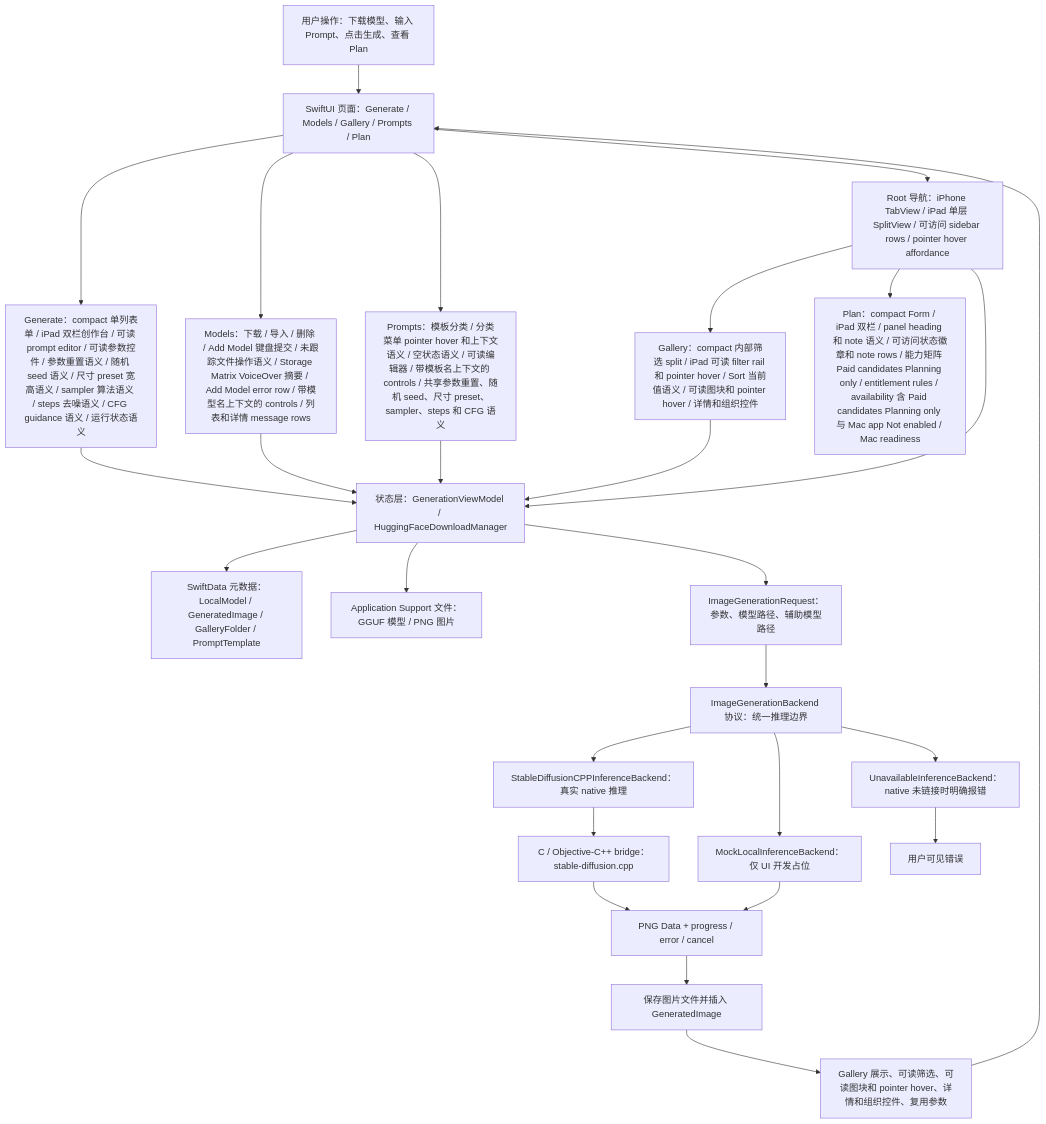
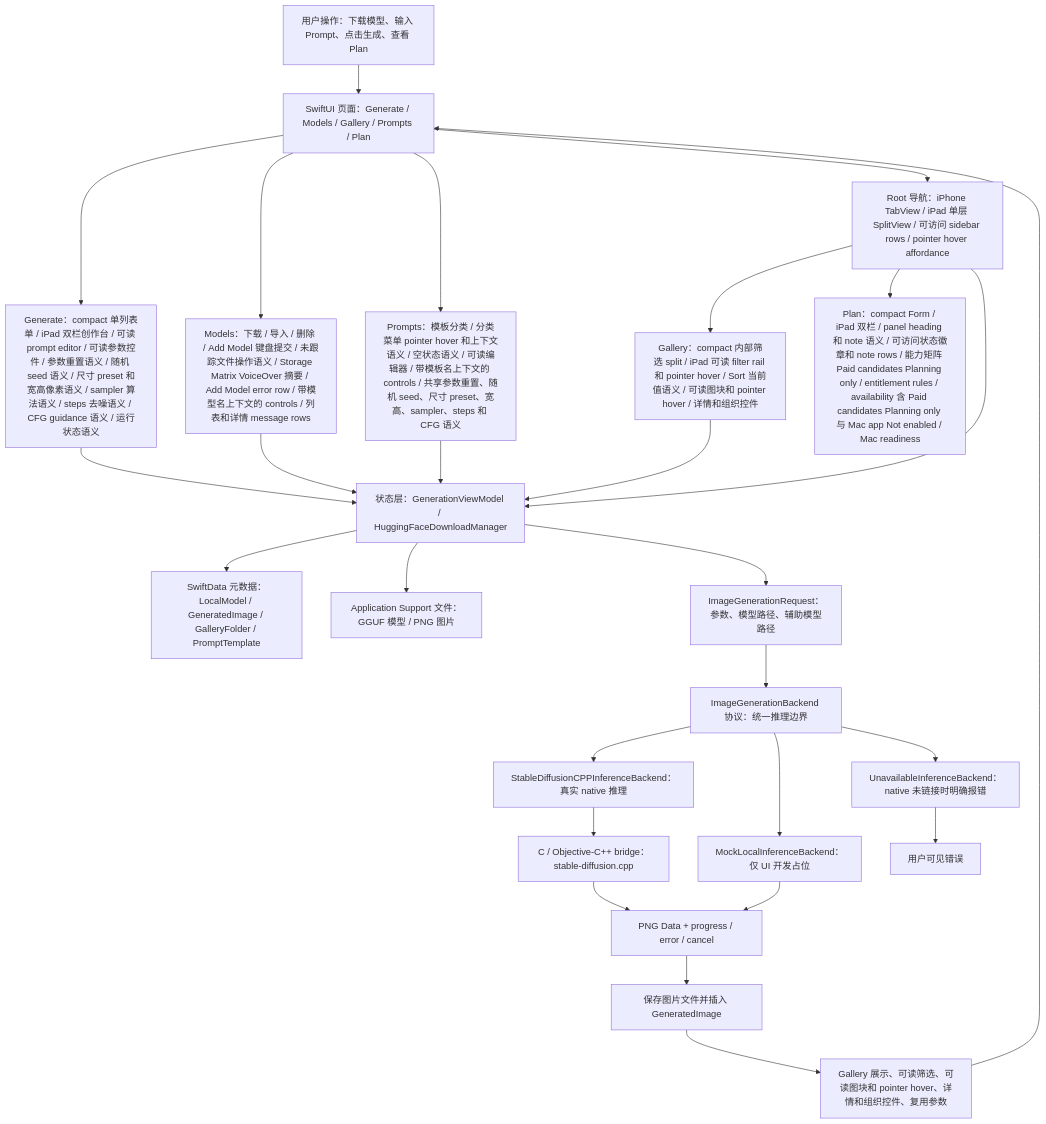
Before and after one commit to Altman-sam114/118: the first of 7 diagrams in md/flow/flowchart.md, drawn with Mermaid. The commit also changed 5 other files, not shown here.

````diff
--- a/md/flow/flowchart.md
+++ b/md/flow/flowchart.md
@@ -9,29 +9,29 @@
 ```mermaid
 flowchart TD
   U["用户操作：下载模型、输入 Prompt、点击生成、查看 Plan"] --> UI["SwiftUI 页面：Generate / Models / Gallery / Prompts / Plan"]
-  UI --> GENUI["Generate：compact 单列表单 / iPad 双栏创作台 / 可读 prompt editor / 可读参数控件 / 参数重置语义 / 随机 seed 语义 / 尺寸 preset 宽高语义 / sampler 算法语义 / steps 去噪语义 / CFG guidance 语义 / 运行状态语义"]
+  UI --> GENUI["Generate：compact 单列表单 / iPad 双栏创作台 / 可读 prompt editor / 可读参数控件 / 参数重置语义 / 随机 seed 语义 / 尺寸 preset 和宽高像素语义 / sampler 算法语义 / steps 去噪语义 / CFG guidance 语义 / 运行状态语义"]
   UI --> MODELUI["Models：下载 / 导入 / 删除 / Add Model 键盘提交 / 未跟踪文件操作语义 / Storage Matrix VoiceOver 摘要 / Add Model error row / 带模型名上下文的 controls / 列表和详情 message rows"]
-  UI --> PROMPTUI["Prompts：模板分类 / 分类菜单 pointer hover 和上下文语义 / 空状态语义 / 可读编辑器 / 带模板名上下文的 controls / 共享参数重置、随机 seed、尺寸 preset、sampler、steps 和 CFG 语义"]
+  UI --> PROMPTUI["Prompts：模板分类 / 分类菜单 pointer hover 和上下文语义 / 空状态语义 / 可读编辑器 / 带模板名上下文的 controls / 共享参数重置、随机 seed、尺寸 preset、宽高、sampler、steps 和 CFG 语义"]
   UI --> NAV["Root 导航：iPhone TabView / iPad 单层 SplitView / 可访问 sidebar rows / pointer hover affordance"]
   NAV --> GALUI["Gallery：compact 内部筛选 split / iPad 可读 filter rail 和 pointer hover / Sort 当前值语义 / 可读图块和 pointer hover / 详情和组织控件"]
   NAV --> PLANUI["Plan：compact Form / iPad 双栏 / panel heading 和 note 语义 / 可访问状态徽章和 note rows / 能力矩阵 Paid candidates Planning only / entitlement rules / availability 含 Paid candidates Planning only 与 Mac app Not enabled / Mac readiness"]
   NAV --> VM["状态层：GenerationViewModel / HuggingFaceDownloadManager"]
   GENUI --> VM
   MODELUI --> VM
   PROMPTUI --> VM
   GALUI --> VM
   VM --> SD["SwiftData 元数据：LocalModel / GeneratedImage / GalleryFolder / PromptTemplate"]
   VM --> FS["Application Support 文件：GGUF 模型 / PNG 图片"]
   VM --> REQ["ImageGenerationRequest：参数、模型路径、辅助模型路径"]
   REQ --> IFACE["ImageGenerationBackend 协议：统一推理边界"]
   IFACE --> NATIVE["StableDiffusionCPPInferenceBackend：真实 native 推理"]
   IFACE --> MOCK["MockLocalInferenceBackend：仅 UI 开发占位"]
   IFACE --> OFF["UnavailableInferenceBackend：native 未链接时明确报错"]
   NATIVE --> BRIDGE["C / Objective-C++ bridge：stable-diffusion.cpp"]
   BRIDGE --> PNG["PNG Data + progress / error / cancel"]
   MOCK --> PNG
   OFF --> ERR["用户可见错误"]
   PNG --> SAVE["保存图片文件并插入 GeneratedImage"]
   SAVE --> GALLERY["Gallery 展示、可读筛选、可读图块和 pointer hover、详情和组织控件、复用参数"]
   GALLERY --> UI
 ```
````
